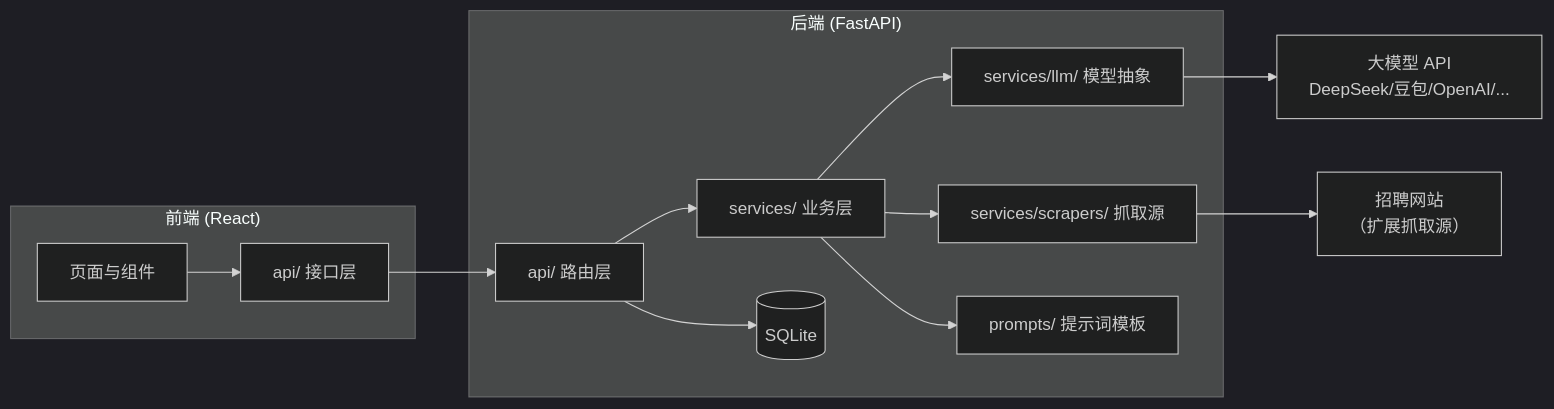
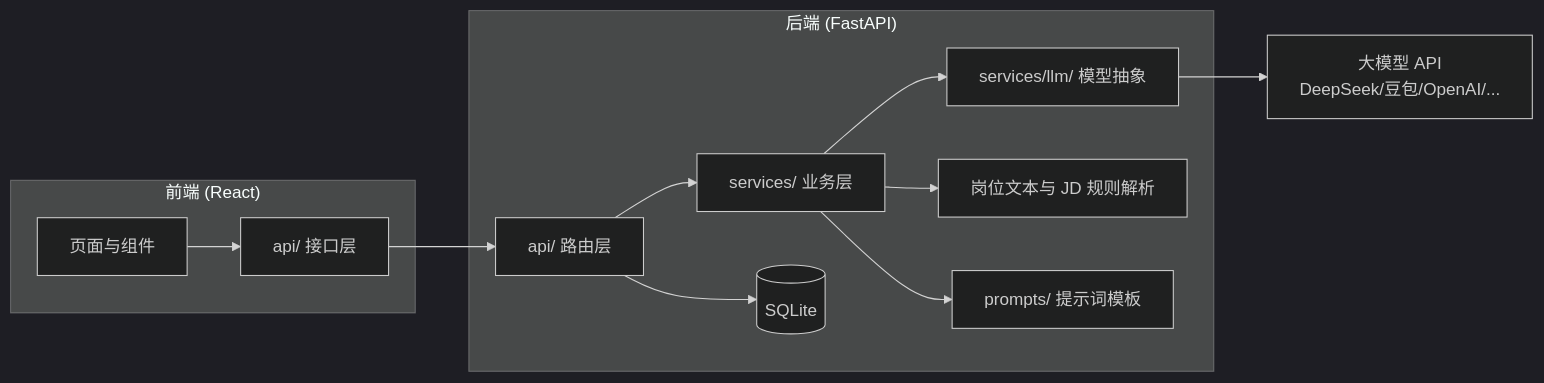
The first of 2 diagrams in docs/architecture.md (magicapple123/ResumeForge), drawn with Mermaid (dark theme) before and after one commit. The commit also changed other lines of this file and 24 other files, not shown here.

````diff
--- a/docs/architecture.md
+++ b/docs/architecture.md
@@ -7,23 +7,22 @@
 ```mermaid
 flowchart LR
     subgraph Frontend["前端 (React)"]
         UI[页面与组件]
         API[api/ 接口层]
     end
     subgraph Backend["后端 (FastAPI)"]
         ROUTES[api/ 路由层]
         SVC[services/ 业务层]
         LLM[services/llm/ 模型抽象]
-        SCRAPE[services/scrapers/ 抓取源]
+        PARSER[岗位文本与 JD 规则解析]
         PROMPTS[prompts/ 提示词模板]
         DB[(SQLite)]
     end
     LLMAPI[大模型 API<br/>DeepSeek/豆包/OpenAI/...]
-    SITES[招聘网站<br/>（扩展抓取源）]
 
     UI --> API --> ROUTES --> SVC
     SVC --> LLM --> LLMAPI
-    SVC --> SCRAPE --> SITES
+    SVC --> PARSER
     SVC --> PROMPTS
     ROUTES --> DB
 ```
````
